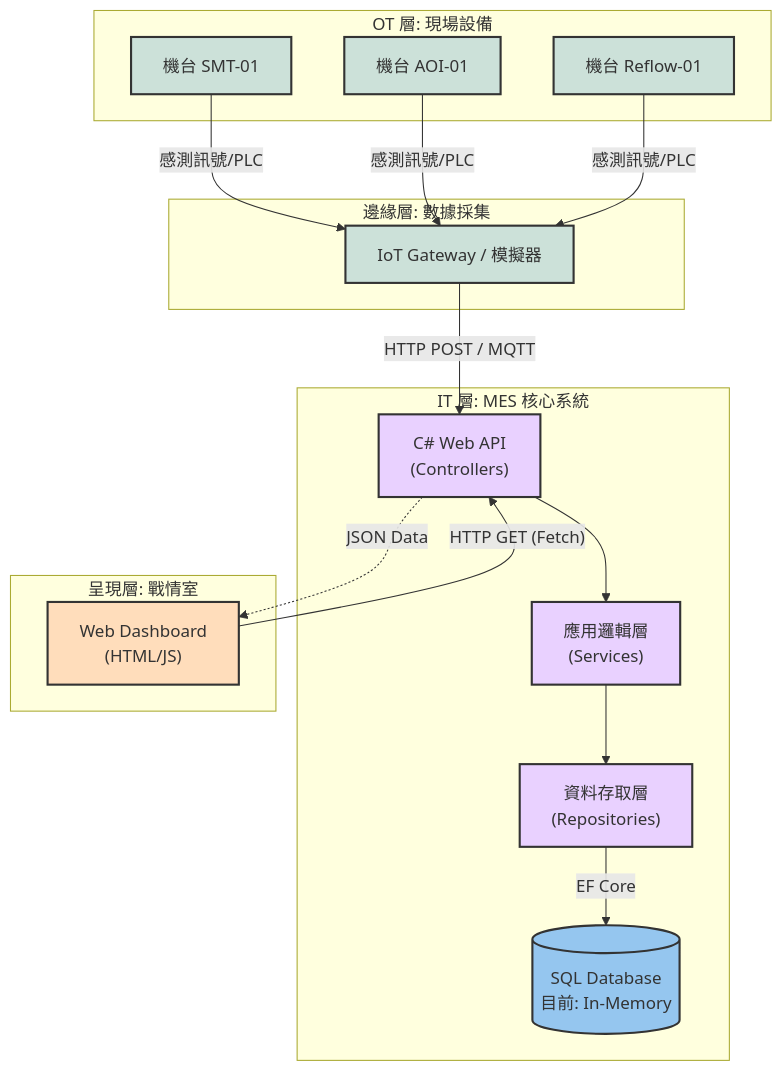
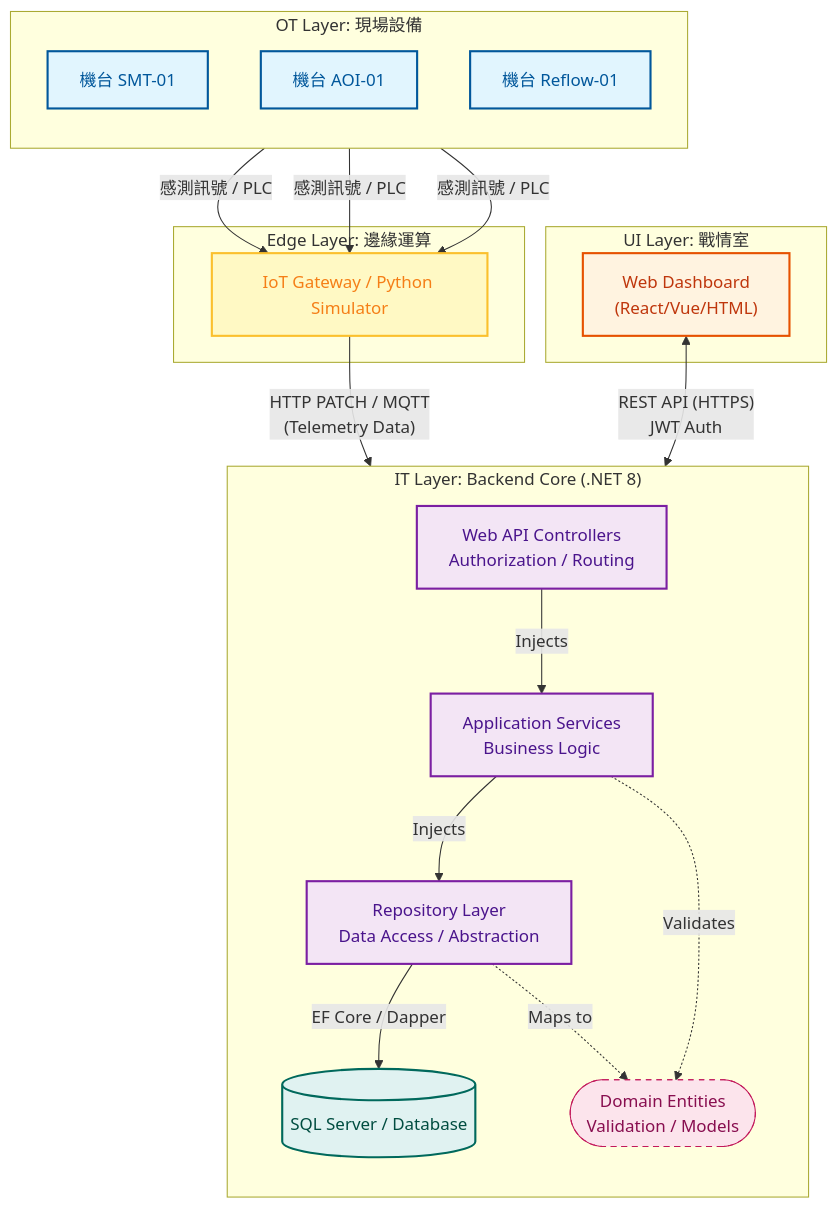
One commit to OwenSu9527/MES_System changed the diagram in README/README.md. Above: the diagram before and after it, drawn with Mermaid. The commit also changed other lines of this file and 14 other files, not shown here.

````diff
--- a/README/README.md
+++ b/README/README.md
@@ -68,42 +72,72 @@
 ```mermaid
 graph TD
-    %% 定義樣式
-    classDef hardware fill:#CCE1D9,stroke:#333,stroke-width:2px;
-    classDef backend fill:#E9D1FF,stroke:#333,stroke-width:2px;
-    classDef database fill:#95C6EF,stroke:#333,stroke-width:2px;
-    classDef frontend fill:#fdb,stroke:#333,stroke-width:2px;
+    %% --- 樣式定義 (Styles) ---
+    classDef hardware fill:#E1F5FE,stroke:#01579B,stroke-width:2px,color:#01579B;
+    classDef edge fill:#FFF9C4,stroke:#FBC02D,stroke-width:2px,color:#F57F17;
+    classDef backend fill:#F3E5F5,stroke:#7B1FA2,stroke-width:2px,color:#4A148C;
+    classDef database fill:#E0F2F1,stroke:#00695C,stroke-width:2px,shape:cylinder,color:#004D40;
+    classDef frontend fill:#FFF3E0,stroke:#E65100,stroke-width:2px,color:#BF360C;
+    classDef domain fill:#FCE4EC,stroke:#C2185B,stroke-width:1px,stroke-dasharray: 5 5,color:#880E4F;
 
-    subgraph OT_Layer [OT 層: 現場設備]
+    %% --- 1. OT 層: 現場設備 ---
+    subgraph OT_Layer ["OT Layer: 現場設備"]
+        direction TB
         Eq1[機台 SMT-01]:::hardware
         Eq2[機台 AOI-01]:::hardware
         Eq3[機台 Reflow-01]:::hardware
     end
 
-    subgraph Edge_Layer [邊緣層: 數據採集]
-        Gateway[IoT Gateway / 模擬器]:::hardware
+    %% --- 2. Edge 層: 數據採集 ---
+    subgraph Edge_Layer ["Edge Layer: 邊緣運算"]
+        Gateway["IoT Gateway / Python Simulator"]:::edge
     end
 
-    subgraph IT_Layer [IT 層: MES 核心系統]
-        API["C# Web API<br>(Controllers)"]:::backend
-        Service["應用邏輯層<br>(Services)"]:::backend
-        Repo["資料存取層<br>(Repositories)"]:::backend
+    %% --- 3. IT 層: MES 核心系統 (.NET 8) ---
+    %% 修正處：這裡加上了雙引號 "..."
+    subgraph IT_Layer ["IT Layer: Backend Core (.NET 8)"]
+        direction TB
         
-        DB[("SQL Database<br>目前: In-Memory")]:::database
+        %% API 入口
+        API["Web API Controllers<br>Authorization / Routing"]:::backend
+        
+        %% 商業邏輯
+        Service["Application Services<br>Business Logic"]:::backend
+        
+        %% 領域實體
+        Domain(["Domain Entities<br>Validation / Models"]):::domain
+        
+        %% 資料存取
+        Repo["Repository Layer<br>Data Access / Abstraction"]:::backend
+        
+        %% 外部資料庫
+        DB[("SQL Server / Database")]:::database
     end
 
-    subgraph UI_Layer [呈現層: 戰情室]
-        Dashboard["Web Dashboard<br>(HTML/JS)"]:::frontend
+    %% --- 4. UI 層: 呈現 ---
+    subgraph UI_Layer ["UI Layer: 戰情室"]
+        Dashboard["Web Dashboard<br>(React/Vue/HTML)"]:::frontend
     end
 
-    %% 數據流向
-    Eq1 & Eq2 & Eq3 --> |感測訊號/PLC| Gateway
-    Gateway --> |HTTP POST / MQTT| API
+    %% --- 數據流向 (Data Flow) ---
     
-    API --> Service
-    Service --> Repo
-    Repo --> |EF Core| DB
+    %% OT to Edge
+    Eq1 & Eq2 & Eq3 --> |感測訊號 / PLC| Gateway
     
-    %% 修改處：將 |...| 改為 -- "..." --> 語法以避免括號解析錯誤
-    Dashboard -- "HTTP GET (Fetch)" --> API
-    API -.-> |JSON Data| Dashboard
+    %% Edge to IT (Telemetry)
+    Gateway -- "HTTP PATCH / MQTT<br>(Telemetry Data)" --> API
+    
+    %% UI to IT (User Actions)
+    Dashboard <--> |"REST API (HTTPS)<br>JWT Auth"| API
+    
+    %% Backend Internal Flow
+    API --> |Injects| Service
+    Service --> |Injects| Repo
+    Repo --> |EF Core / Dapper| DB
+    
+    %% Domain Interaction
+    Service -.-> |Validates| Domain
+    Repo -.-> |Maps to| Domain
+
+    %% Legend / Note
+    linkStyle default stroke:#333,stroke-width:1px;
 ```
````
